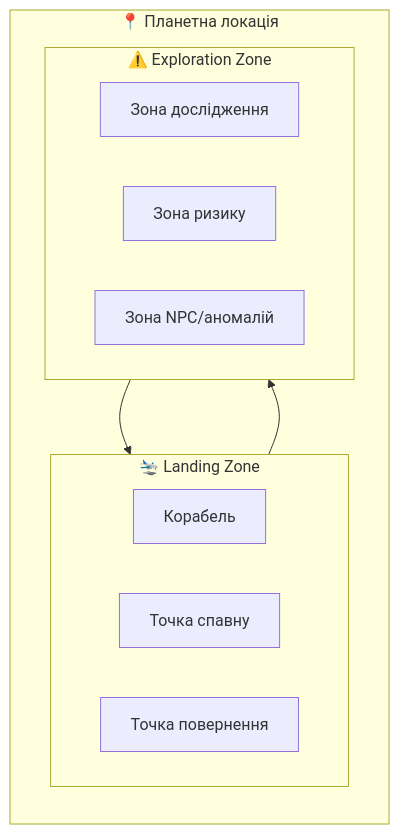
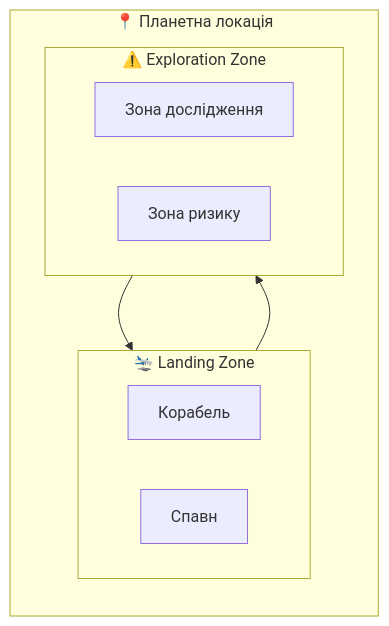
The sixth of 9 diagrams in Docs/GameDesign/GDD.md (nick-fedchik/CallOfRelics), drawn with Mermaid before and after one commit. The commit also changed other lines of this file and 13 other files, not shown here.

````diff
--- a/Docs/GameDesign/GDD.md
+++ b/Docs/GameDesign/GDD.md
@@ -672,19 +429,17 @@
 ```mermaid
 flowchart LR
     subgraph Location["📍 Планетна локація"]
         subgraph Landing["🛬 Landing Zone"]
             Ship[Корабель]
-            Spawn[Точка спавну]
-            Return[Точка повернення]
+            Spawn[Спавн]
         end
 
         subgraph Exploration["⚠️ Exploration Zone"]
-            Area1[Зона дослідження]
-            Area2[Зона ризику]
-            Area3[Зона NPC/аномалій]
+            Area[Зона дослідження]
+            Risk[Зона ризику]
         end
     end
 
     Landing --> Exploration
     Exploration --> Landing
 ```
````
